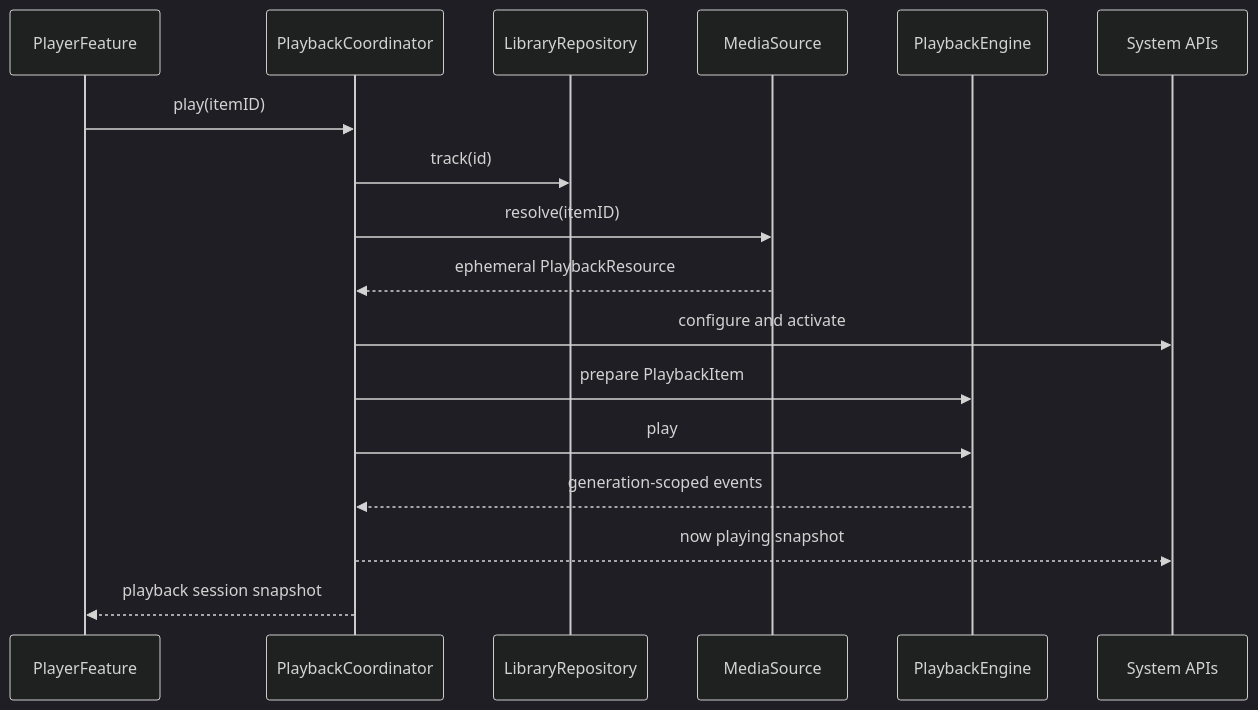
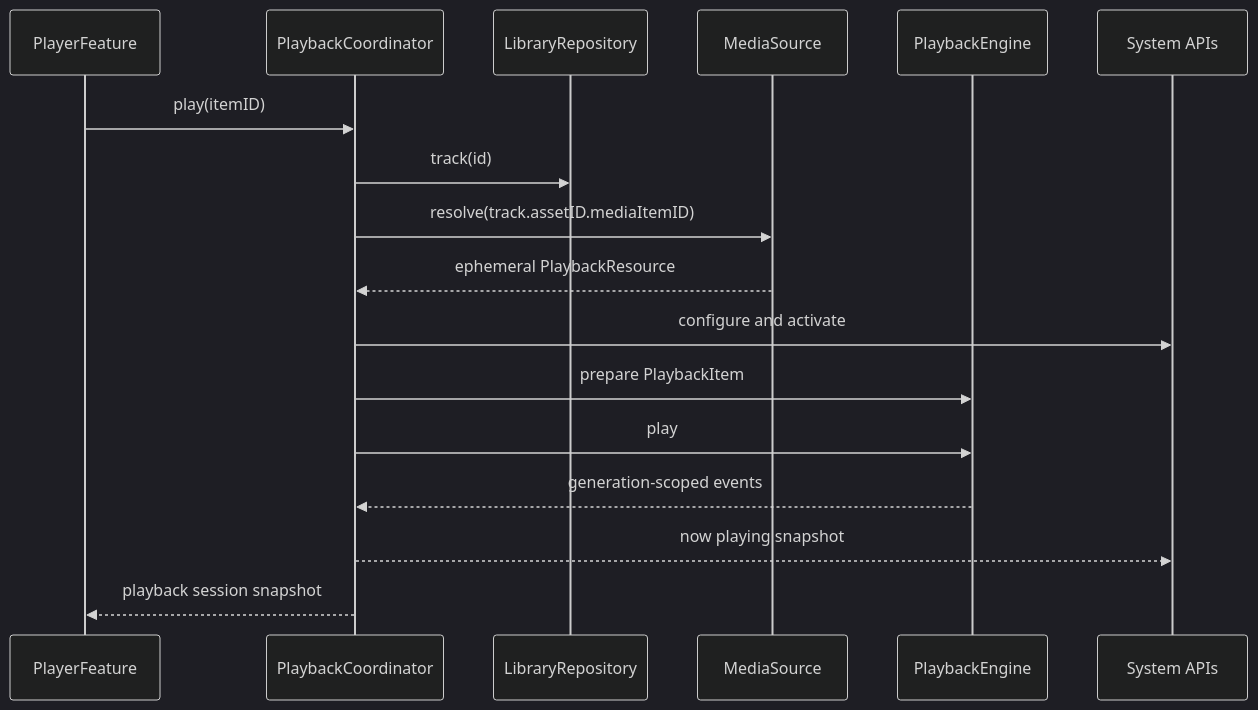
The third of 3 diagrams in Docs/Architecture/MODULE_INTERFACES.md (enefry/MusicFree), drawn with Mermaid (dark theme) before and after one commit. The commit also changed other lines of this file and 64 other files, not shown here.

````diff
--- a/Docs/Architecture/MODULE_INTERFACES.md
+++ b/Docs/Architecture/MODULE_INTERFACES.md
@@ -532,19 +537,19 @@
 ```mermaid
 sequenceDiagram
   participant UI as PlayerFeature
   participant C as PlaybackCoordinator
   participant L as LibraryRepository
   participant S as MediaSource
   participant E as PlaybackEngine
   participant SYS as System APIs
   UI->>C: play(itemID)
   C->>L: track(id)
-  C->>S: resolve(itemID)
+  C->>S: resolve(track.assetID.mediaItemID)
   S-->>C: ephemeral PlaybackResource
   C->>SYS: configure and activate
   C->>E: prepare PlaybackItem
   C->>E: play
   E-->>C: generation-scoped events
   C-->>SYS: now playing snapshot
   C-->>UI: playback session snapshot
 ```
````
